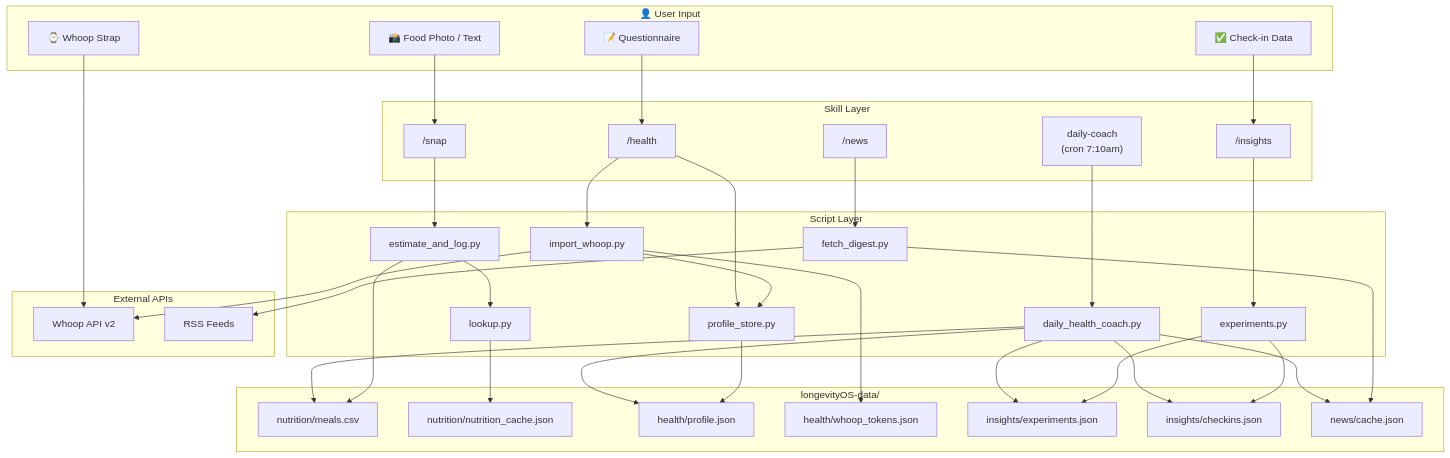
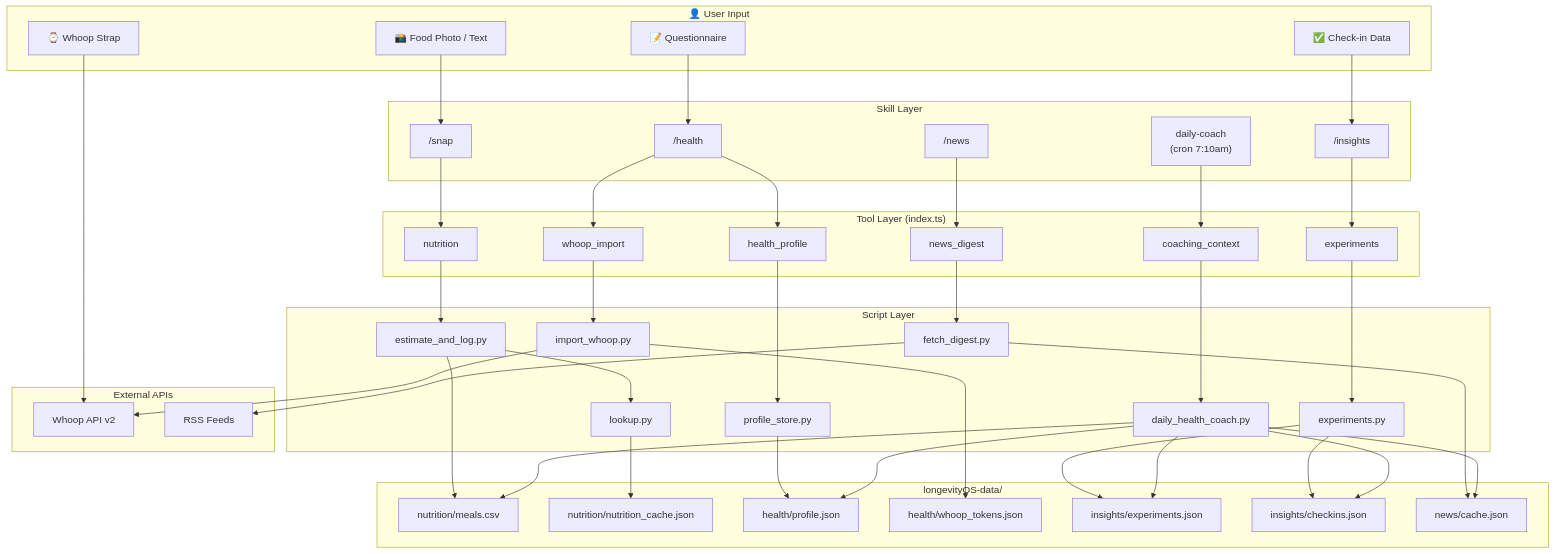
Before and after one commit to compound-life-ai/Turri: the first of 2 diagrams in README.md, drawn with Mermaid. The commit also changed other lines of this file, not shown here.

First line of the commit message:
docs: add Plugin & SDK section, update architecture diagram

````diff
--- a/README.md
+++ b/README.md
@@ -19,65 +19,74 @@
 ```mermaid
 flowchart TB
     subgraph User["👤 User Input"]
         Photo["📸 Food Photo / Text"]
         Whoop["⌚ Whoop Strap"]
         QA["📝 Questionnaire"]
         CI["✅ Check-in Data"]
     end
 
     subgraph Skills["Skill Layer"]
         Snap["/snap"]
         Health["/health"]
         News["/news"]
         Insights["/insights"]
         Coach["daily-coach<br/>(cron 7:10am)"]
+    end
+
+    subgraph Tools["Tool Layer (index.ts)"]
+        TNutrition["nutrition"]
+        THealth["health_profile"]
+        TWhoop["whoop_import"]
+        TExperiments["experiments"]
+        TNews["news_digest"]
+        TCoach["coaching_context"]
     end
 
     subgraph Scripts["Script Layer"]
         EL["estimate_and_log.py"]
         LK["lookup.py"]
         IW["import_whoop.py"]
         PS["profile_store.py"]
         FD["fetch_digest.py"]
         EX["experiments.py"]
         DHC["daily_health_coach.py"]
     end
 
     subgraph Data["longevityOS-data/"]
         Meals["nutrition/meals.csv"]
         NCache["nutrition/nutrition_cache.json"]
         Profile["health/profile.json"]
         Tokens["health/whoop_tokens.json"]
         Experiments["insights/experiments.json"]
         Checkins["insights/checkins.json"]
         NewsCache["news/cache.json"]
     end
 
     subgraph External["External APIs"]
         WhoopAPI["Whoop API v2"]
         RSS["RSS Feeds"]
     end
 
-    Photo --> Snap --> EL --> LK --> NCache
+    Photo --> Snap --> TNutrition --> EL --> LK --> NCache
     EL --> Meals
 
     Whoop --> WhoopAPI
-    Health --> IW --> WhoopAPI
+    Health --> TWhoop --> IW --> WhoopAPI
+    Health --> THealth --> PS --> Profile
     IW --> Tokens
-    IW --> PS --> Profile
-    QA --> Health --> PS
+    QA --> Health
 
-    News --> FD --> RSS
+    News --> TNews --> FD --> RSS
     FD --> NewsCache
 
-    CI --> Insights --> EX
+    CI --> Insights --> TExperiments --> EX
     EX --> Experiments
     EX --> Checkins
 
-    Coach --> DHC
+    Coach --> TCoach --> DHC
     DHC --> Meals
     DHC --> Profile
     DHC --> Experiments
     DHC --> Checkins
     DHC --> NewsCache
 ```
````
